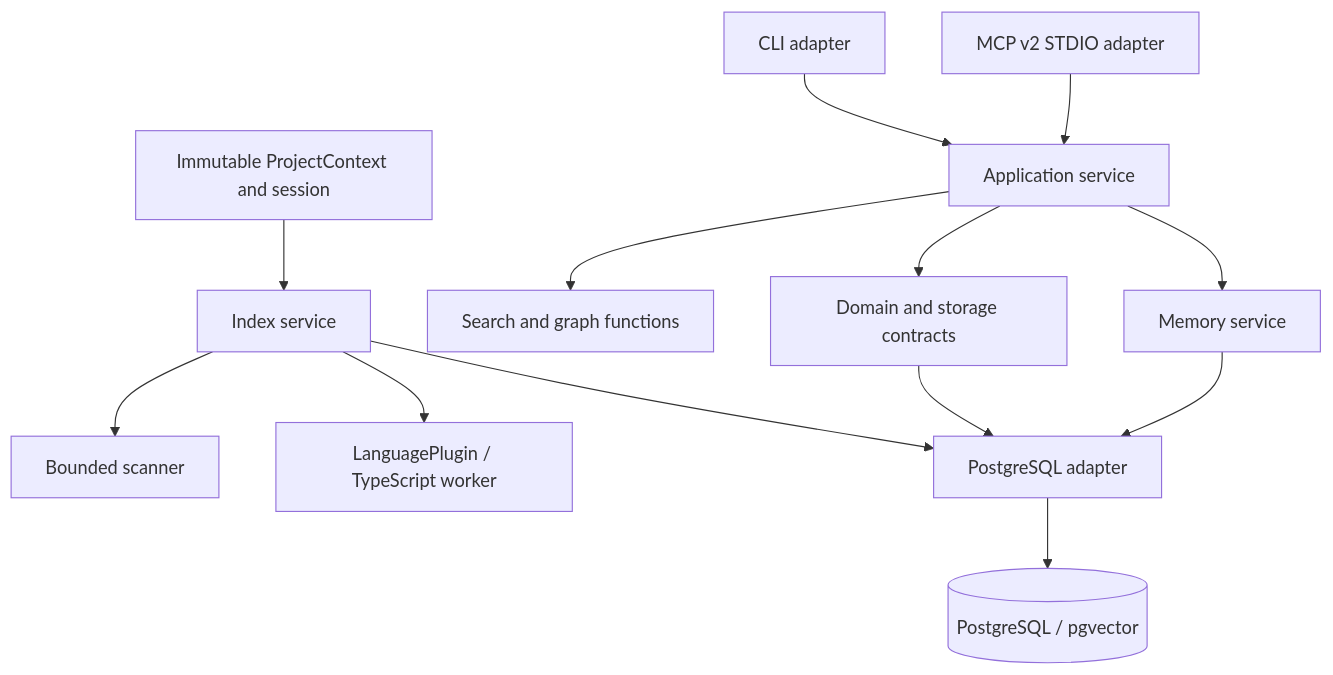
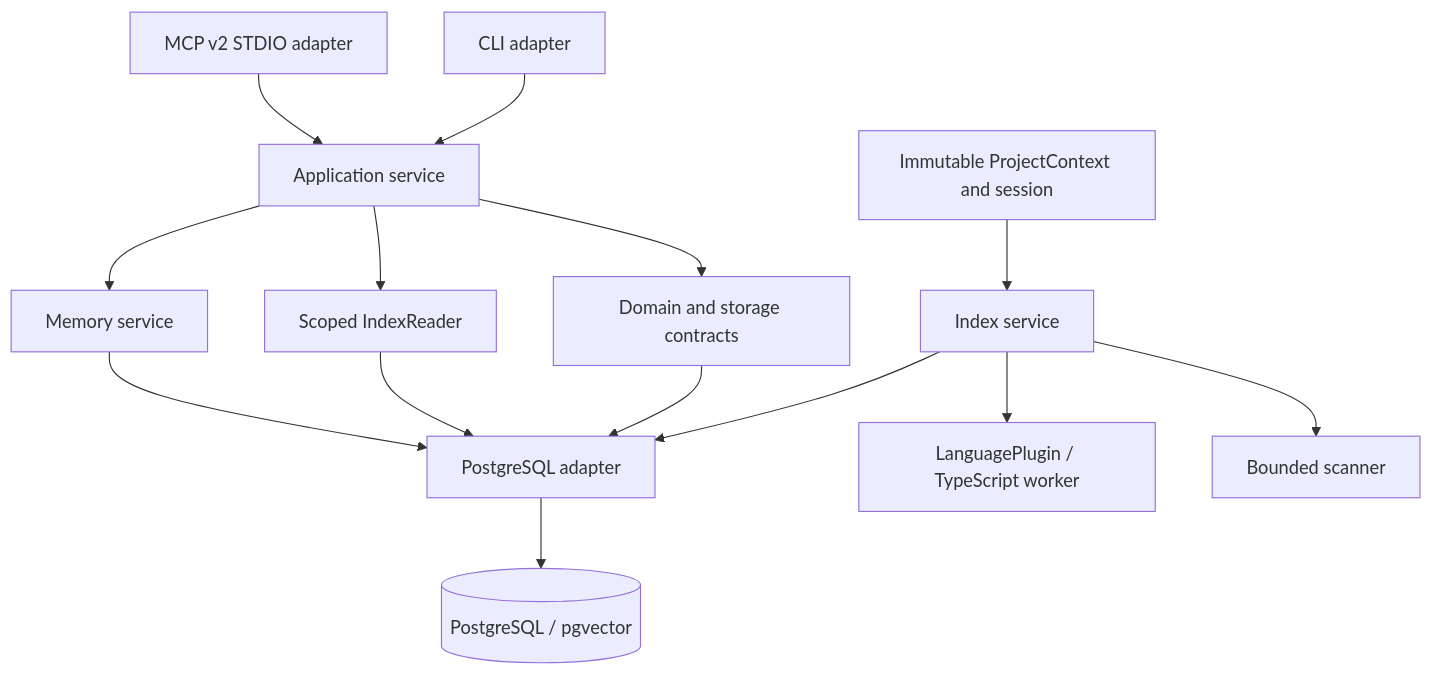
One commit to iOwsla/integra-codebase-memory changed the diagram in docs/architecture.md. Above: the diagram before and after it, drawn with Mermaid. The commit also changed other lines of this file and 30 other files, not shown here.

Commit message:
feat(search): add bounded SQL queries with consistent index generations

````diff
--- a/docs/architecture.md
+++ b/docs/architecture.md
@@ -3,15 +3,16 @@
 ```mermaid
 flowchart TD
   CLI[CLI adapter] --> App[Application service]
   MCP[MCP v2 STDIO adapter] --> App
   App --> Core[Domain and storage contracts]
-  App --> Search[Search and graph functions]
+  App --> Reader[Scoped IndexReader]
+  Reader --> Store
   App --> Memory[Memory service]
   Session[Immutable ProjectContext and session] --> Index[Index service]
   Index --> Scanner[Bounded scanner]
   Index --> Parser[LanguagePlugin / TypeScript worker]
   Index --> Store[PostgreSQL adapter]
   Core --> Store
   Memory --> Store
   Store --> DB[(PostgreSQL / pgvector)]
 ```
````
